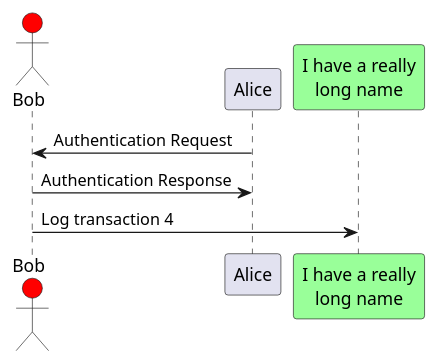
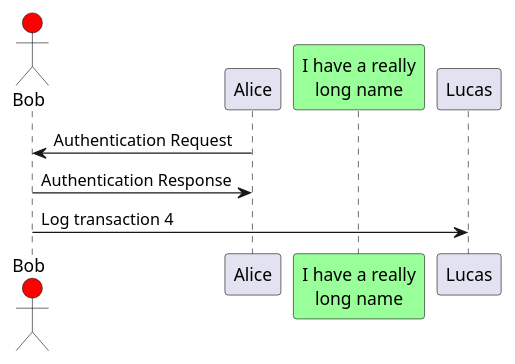
One commit to rafaelbrandaof/test.plantuml-action changed the diagram in diagrams/test.puml. Above: the diagram before and after it, drawn with PlantUML.

```diff
--- a/diagrams/test.puml
+++ b/diagrams/test.puml
@@ -1,14 +1,14 @@
 @startuml
 actor Bob #red
 ' The only difference between actor
 'and participant is the drawing
 participant Alice
 participant "I have a really\nlong name" as L #99FF99
 /' You can also declare:
    participant L as "I have a really\nlong name"  #99FF99
   '/
 
 Alice->Bob: Authentication Request
 Bob->Alice: Authentication Response
-Bob->L: Log transaction 4
+Bob->Lucas: Log transaction 4
 @enduml
```
